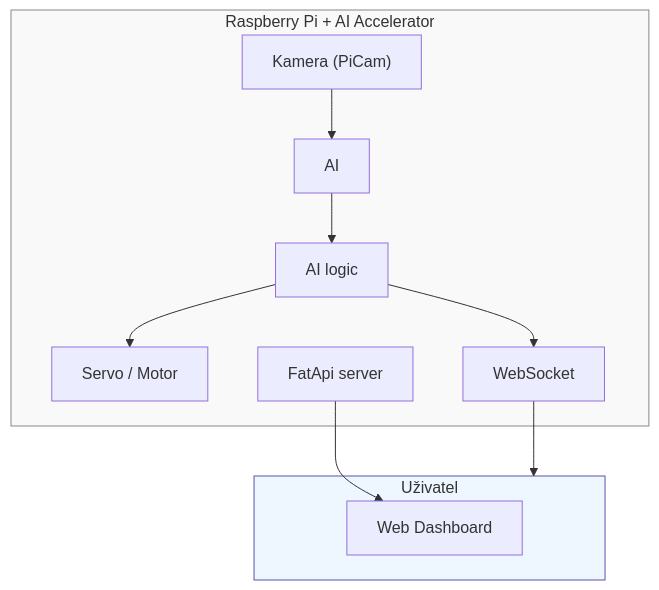
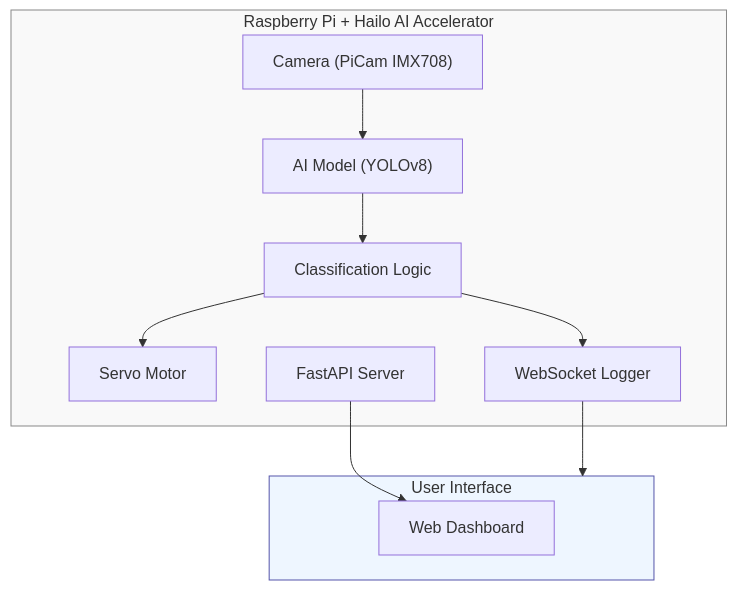
One commit to imang212/PS_Project changed the diagram in README.md. Above: the diagram before and after it, drawn with Mermaid. The commit also changed other lines of this file and 8 other files, not shown here.

````diff
--- a/README.md
+++ b/README.md
@@ -15,26 +15,22 @@
 ```mermaid
 flowchart TD
-    subgraph RPI[Raspberry Pi + AI Accelerator]
-        CAM["Kamera (PiCam)"]
-        SERVO["Servo / Motor"]
-        MODEL["AI"]
-        DECISION["AI logic"]
-        LOGGER["WebSocket"]
-        WEB["FatApi server"]
+    subgraph RPI[Raspberry Pi + Hailo AI Accelerator]
+        CAM["Camera (PiCam IMX708)"]
+        SERVO["Servo Motor"]
+        MODEL["AI Model (YOLOv8)"]
+        DECISION["Classification Logic"]
+        LOGGER["WebSocket Logger"]
+        WEB["FastAPI Server"]
     end
-
     CAM --> MODEL
     MODEL --> DECISION
     DECISION --> SERVO
     DECISION --> LOGGER
     LOGGER --> USER
-
-    subgraph USER[Uživatel]
+    subgraph USER[User Interface]
         UI[Web Dashboard]
     end
-
     WEB --> UI
-
-    style RPI fill:#f9f9f9,stroke:#888,stroke-width:1px,corner-radius:8px
-    style USER fill:#eef6ff,stroke:#55a,stroke-width:1px,corner-radius:8px
+    style RPI fill:#f9f9f9,stroke:#888,stroke-width:1px
+    style USER fill:#eef6ff,stroke:#55a,stroke-width:1px
 ```
````
